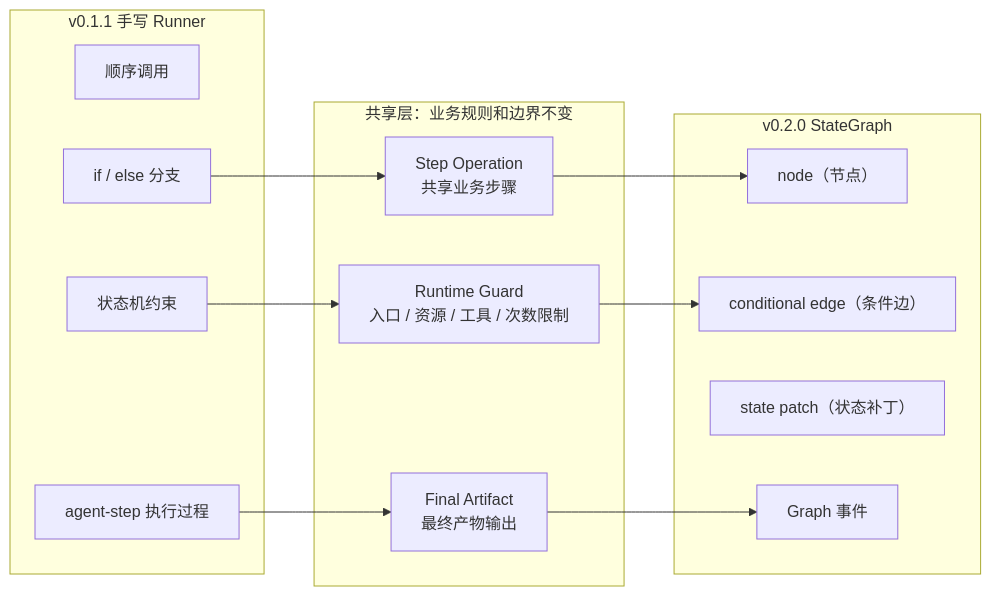
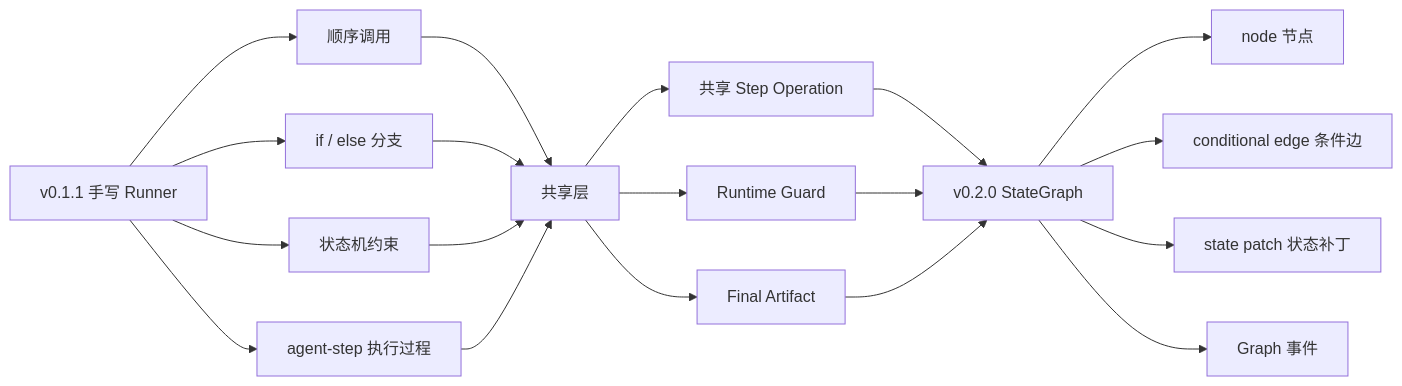
One commit to HWYD/ai-mind changed the first of 3 diagrams in docs/blogs/blog-2026-06-11-v0.2.0-controlled-agent-graph.md. Above: the diagram before and after it, drawn with Mermaid. The commit also changed other lines of this file and 100 other files, not shown here.

````diff
--- a/docs/blogs/blog-2026-06-11-v0.2.0-controlled-agent-graph.md
+++ b/docs/blogs/blog-2026-06-11-v0.2.0-controlled-agent-graph.md
@@ -450,29 +450,38 @@
 ```mermaid
-flowchart LR
-    subgraph Runner["v0.1.1 手写 Runner"]
-        R1["顺序调用"]
-        R2["if / else 分支"]
-        R3["状态机约束"]
-        R4["agent-step 执行过程"]
-    end
+graph LR
+    A["v0.1.1 手写 Runner"]
+    A1["顺序调用"]
+    A2["if / else 分支"]
+    A3["状态机约束"]
+    A4["agent-step 执行过程"]
 
-    subgraph Shared["共享层：业务规则和边界不变"]
-        S1["Step Operation<br/>共享业务步骤"]
-        S2["Runtime Guard<br/>入口 / 资源 / 工具 / 次数限制"]
-        S3["Final Artifact<br/>最终产物输出"]
-    end
+    B["共享层"]
+    B1["共享 Step Operation"]
+    B2["Runtime Guard"]
+    B3["Final Artifact"]
 
-    subgraph Graph["v0.2.0 StateGraph"]
-        G1["node（节点）"]
-        G2["conditional edge（条件边）"]
-        G3["state patch（状态补丁）"]
-        G4["Graph 事件"]
-    end
+    C["v0.2.0 StateGraph"]
+    C1["node 节点"]
+    C2["conditional edge 条件边"]
+    C3["state patch 状态补丁"]
+    C4["Graph 事件"]
 
-    R2 --> S1
-    R3 --> S2
-    R4 --> S3
-    S1 --> G1
-    S2 --> G2
-    S3 --> G4
+    A --> A1
+    A --> A2
+    A --> A3
+    A --> A4
+    A1 --> B
+    A2 --> B
+    A3 --> B
+    A4 --> B
+    B --> B1
+    B --> B2
+    B --> B3
+    B1 --> C
+    B2 --> C
+    B3 --> C
+    C --> C1
+    C --> C2
+    C --> C3
+    C --> C4
 ```
````
